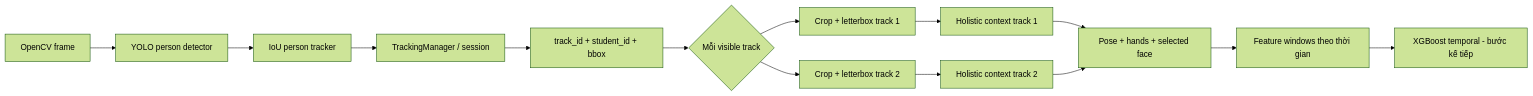
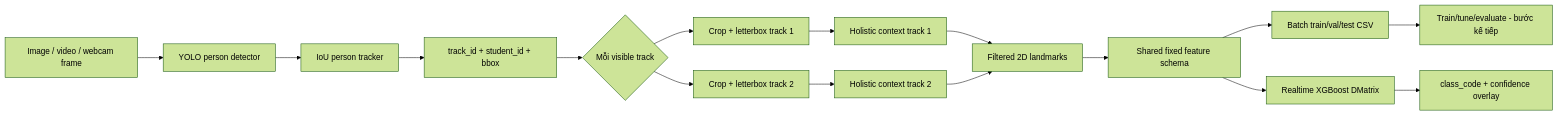
One commit to QuangNguyenVN207/Real-Time-Exam-Proctoring-System changed the diagram in backend/ai_services/pose_gaze/README.md. Above: the diagram before and after it, drawn with Mermaid (forest theme). The commit also changed other lines of this file and 103 other files, not shown here.

Commit message:
feat(pose-gaze): package landmark datasets and realtime XGBoost inference

````diff
--- a/backend/ai_services/pose_gaze/README.md
+++ b/backend/ai_services/pose_gaze/README.md
@@ -63,16 +89,18 @@
 ```mermaid
 flowchart LR
-    A["OpenCV frame"] --> B["YOLO person detector"]
+    A["Image / video / webcam frame"] --> B["YOLO person detector"]
     B --> C["IoU person tracker"]
-    C --> D["TrackingManager / session"]
-    D --> E["track_id + student_id + bbox"]
-    E --> F{"Mỗi visible track"}
-    F --> G1["Crop + letterbox track 1"]
-    F --> G2["Crop + letterbox track 2"]
-    G1 --> H1["Holistic context track 1"]
-    G2 --> H2["Holistic context track 2"]
-    H1 --> I["Pose + hands + selected face"]
-    H2 --> I
-    I --> J["Feature windows theo thời gian"]
-    J --> K["XGBoost temporal - bước kế tiếp"]
+    C --> D["track_id + student_id + bbox"]
+    D --> E{"Mỗi visible track"}
+    E --> F1["Crop + letterbox track 1"]
+    E --> F2["Crop + letterbox track 2"]
+    F1 --> G1["Holistic context track 1"]
+    F2 --> G2["Holistic context track 2"]
+    G1 --> H["Filtered 2D landmarks"]
+    G2 --> H
+    H --> I["Shared fixed feature schema"]
+    I --> J1["Batch train/val/test CSV"]
+    I --> J2["Realtime XGBoost DMatrix"]
+    J1 --> K1["Train/tune/evaluate - bước kế tiếp"]
+    J2 --> K2["class_code + confidence overlay"]
 ```
````
